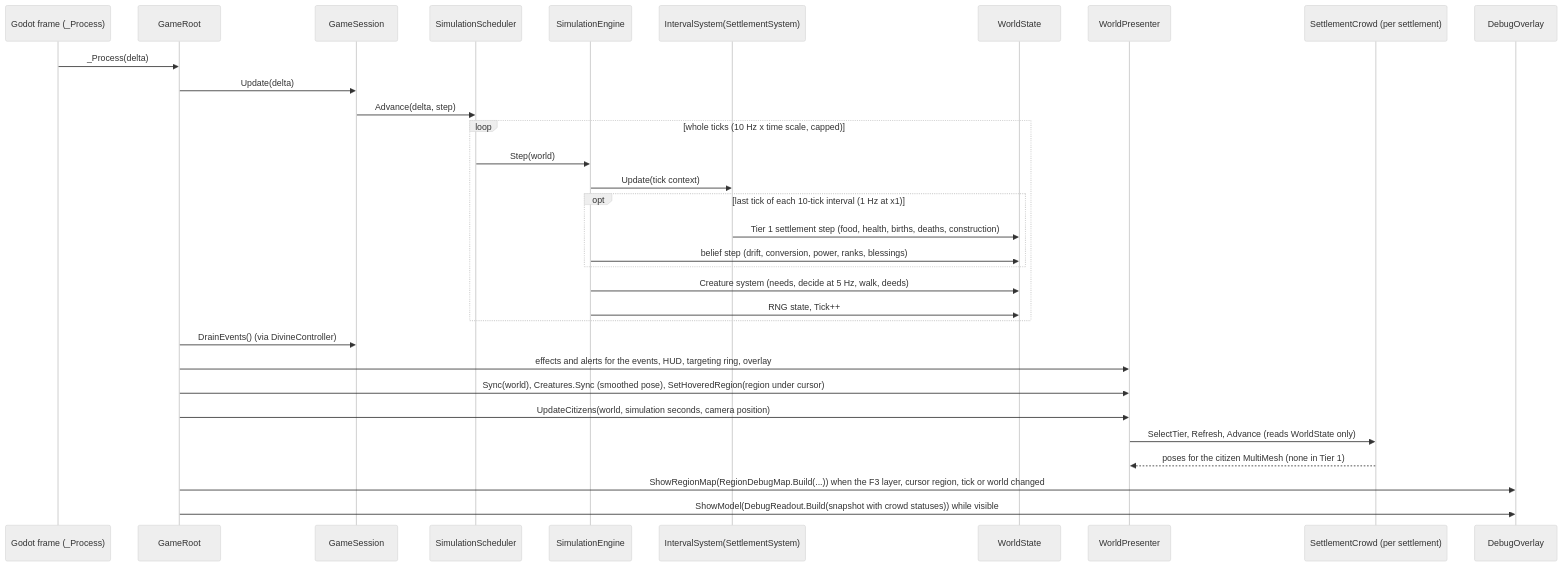
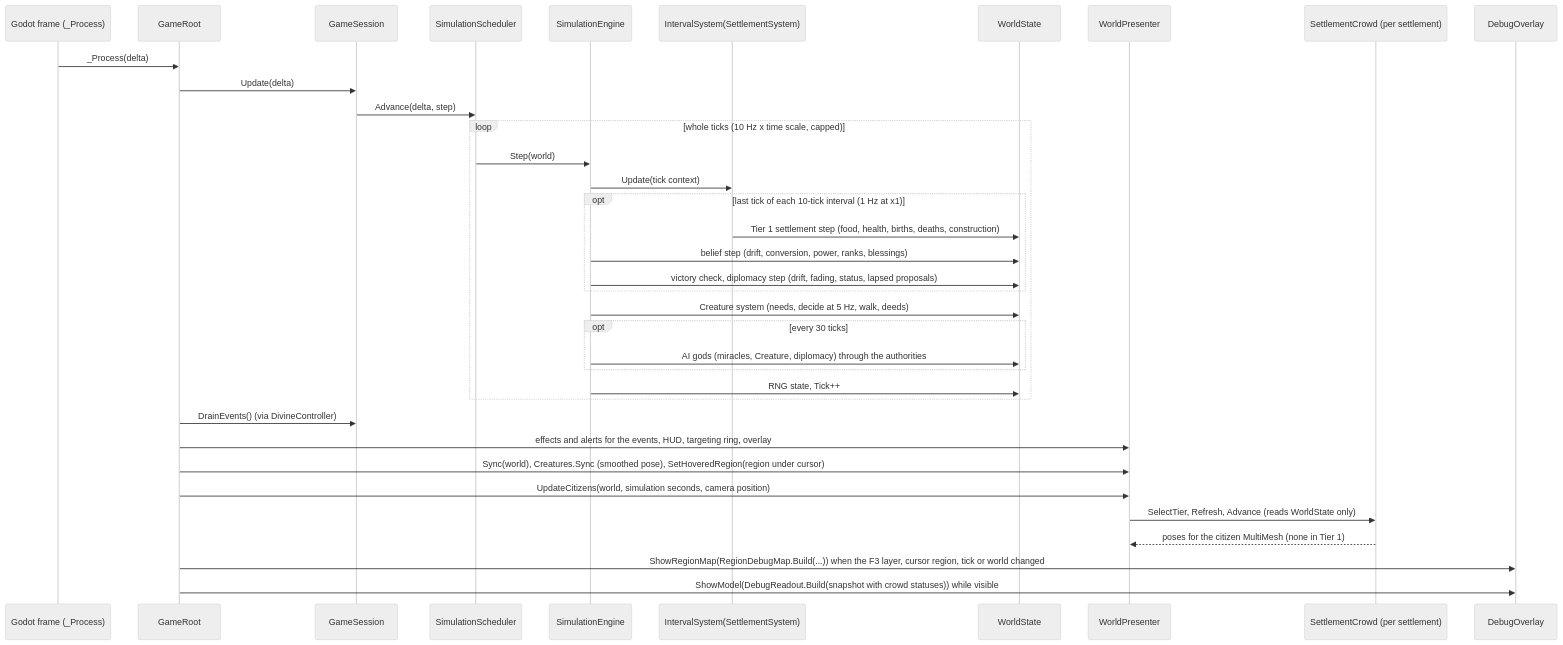
One commit to roeyazroel/pantheon changed the second of 10 diagrams in docs/ARCHITECTURE.md. Above: the diagram before and after it, drawn with Mermaid (neutral theme). The commit also changed other lines of this file and 74 other files, not shown here.

````diff
--- a/docs/ARCHITECTURE.md
+++ b/docs/ARCHITECTURE.md
@@ -318,35 +344,39 @@
 ```mermaid
 sequenceDiagram
     participant Godot as Godot frame (_Process)
     participant Root as GameRoot
     participant Session as GameSession
     participant Sched as SimulationScheduler
     participant Engine as SimulationEngine
     participant Settle as IntervalSystem(SettlementSystem)
     participant State as WorldState
     participant View as WorldPresenter
     participant Crowd as SettlementCrowd (per settlement)
     participant Overlay as DebugOverlay
 
     Godot->>Root: _Process(delta)
     Root->>Session: Update(delta)
     Session->>Sched: Advance(delta, step)
     loop whole ticks (10 Hz x time scale, capped)
         Sched->>Engine: Step(world)
         Engine->>Settle: Update(tick context)
         opt last tick of each 10-tick interval (1 Hz at x1)
             Settle->>State: Tier 1 settlement step (food, health, births, deaths, construction)
             Engine->>State: belief step (drift, conversion, power, ranks, blessings)
+            Engine->>State: victory check, diplomacy step (drift, fading, status, lapsed proposals)
         end
         Engine->>State: Creature system (needs, decide at 5 Hz, walk, deeds)
+        opt every 30 ticks
+            Engine->>State: AI gods (miracles, Creature, diplomacy) through the authorities
+        end
         Engine->>State: RNG state, Tick++
     end
     Root->>Session: DrainEvents() (via DivineController)
     Root->>View: effects and alerts for the events, HUD, targeting ring, overlay
     Root->>View: Sync(world), Creatures.Sync (smoothed pose), SetHoveredRegion(region under cursor)
     Root->>View: UpdateCitizens(world, simulation seconds, camera position)
     View->>Crowd: SelectTier, Refresh, Advance (reads WorldState only)
     Crowd-->>View: poses for the citizen MultiMesh (none in Tier 1)
     Root->>Overlay: ShowRegionMap(RegionDebugMap.Build(...)) when the F3 layer, cursor region, tick or world changed
     Root->>Overlay: ShowModel(DebugReadout.Build(snapshot with crowd statuses)) while visible
 ```
````
